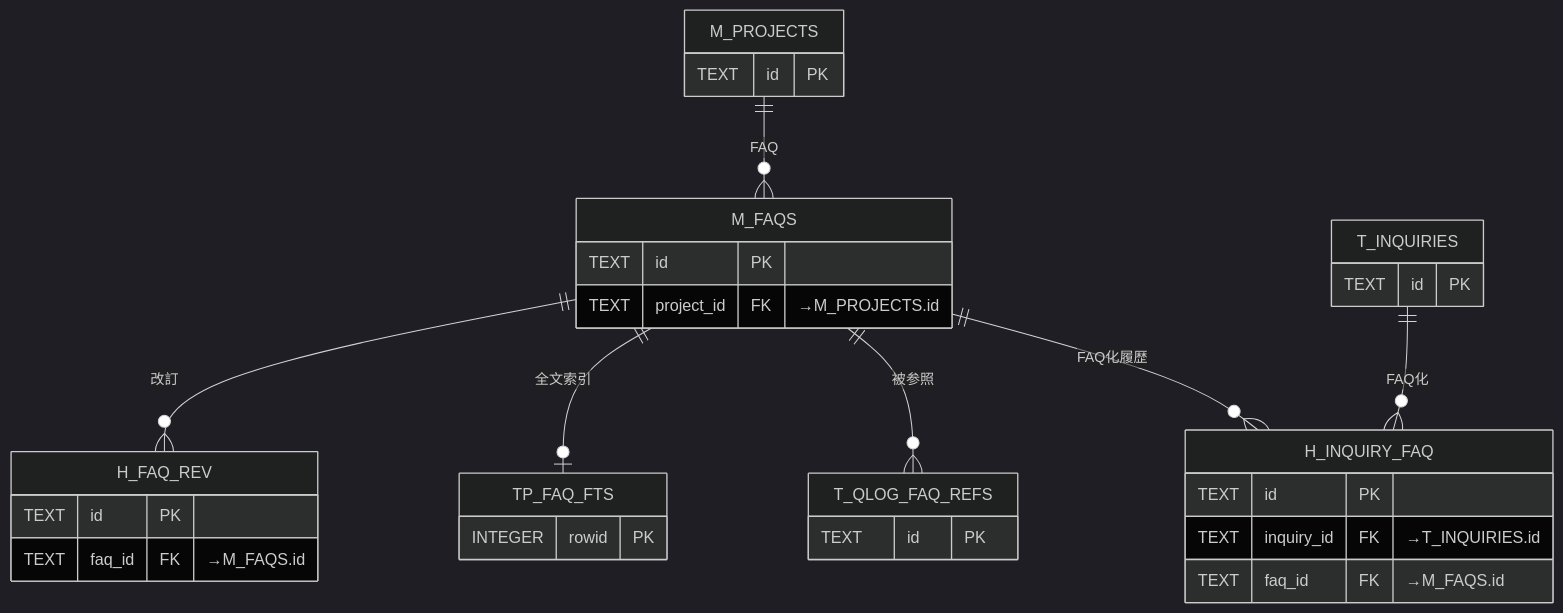
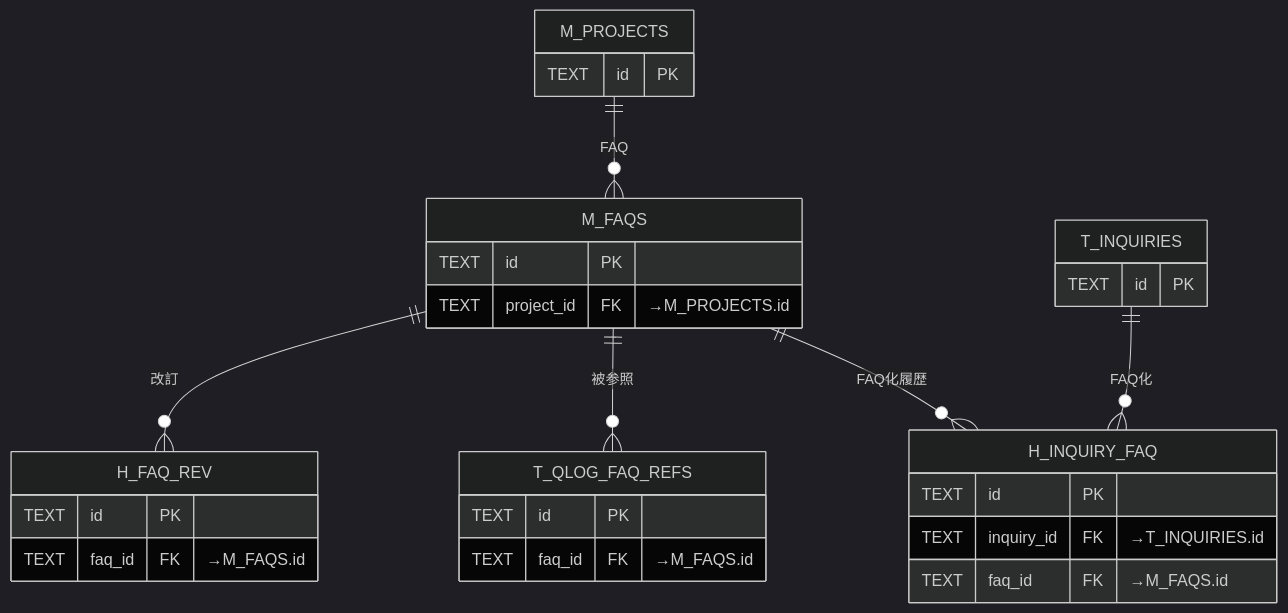
The sixth of 12 diagrams in 02_basic-design/03_database-design.md (sikakou54/open-faq), drawn with Mermaid (dark theme) before and after one commit. The commit also changed other lines of this file, not shown here.

Commit message:
DB設計: ER図の関連を可視FKで裏付け。TP_FAQ_FTS(物理FKなし)を除外し、T_QLOG_FAQ_REFS/T_INQUIRIES の被参照FKを明示
- (6) TP_FAQ_FTS は rowid 同期で物理 FK を持たないため ER 図から除外(全文索引線も削除)。
- (6) T_QLOG_FAQ_REFS に faq_id→M_FAQS の FK を明示し被参照関連を裏付け。
- (7) T_INQUIRIES に question_log_id→H_QUESTION_LOGS の FK を明示し未解決化関連を裏付け。
- 全12図で「可視FKのない関連線」「孤立/未定義エンティティ」ゼロを確認。

Claude-Session: https://claude.ai/code/session_01UyPK3or74pzr7ch1RCnDPF

````diff
--- a/02_basic-design/03_database-design.md
+++ b/02_basic-design/03_database-design.md
@@ -194,20 +194,19 @@
 ```mermaid
 erDiagram
   M_FAQS { TEXT id PK
     TEXT project_id FK "→M_PROJECTS.id" }
   H_FAQ_REV { TEXT id PK
     TEXT faq_id FK "→M_FAQS.id" }
-  TP_FAQ_FTS { INTEGER rowid PK }
   H_INQUIRY_FAQ { TEXT id PK
     TEXT inquiry_id FK "→T_INQUIRIES.id"
     TEXT faq_id FK "→M_FAQS.id" }
   M_PROJECTS { TEXT id PK }
   T_INQUIRIES { TEXT id PK }
-  T_QLOG_FAQ_REFS { TEXT id PK }
+  T_QLOG_FAQ_REFS { TEXT id PK
+    TEXT faq_id FK "→M_FAQS.id" }
   M_PROJECTS ||--o{ M_FAQS : "FAQ"
   M_FAQS ||--o{ H_FAQ_REV : "改訂"
-  M_FAQS ||--o| TP_FAQ_FTS : "全文索引"
   M_FAQS ||--o{ T_QLOG_FAQ_REFS : "被参照"
   T_INQUIRIES ||--o{ H_INQUIRY_FAQ : "FAQ化"
   M_FAQS ||--o{ H_INQUIRY_FAQ : "FAQ化履歴"
 ```
````
